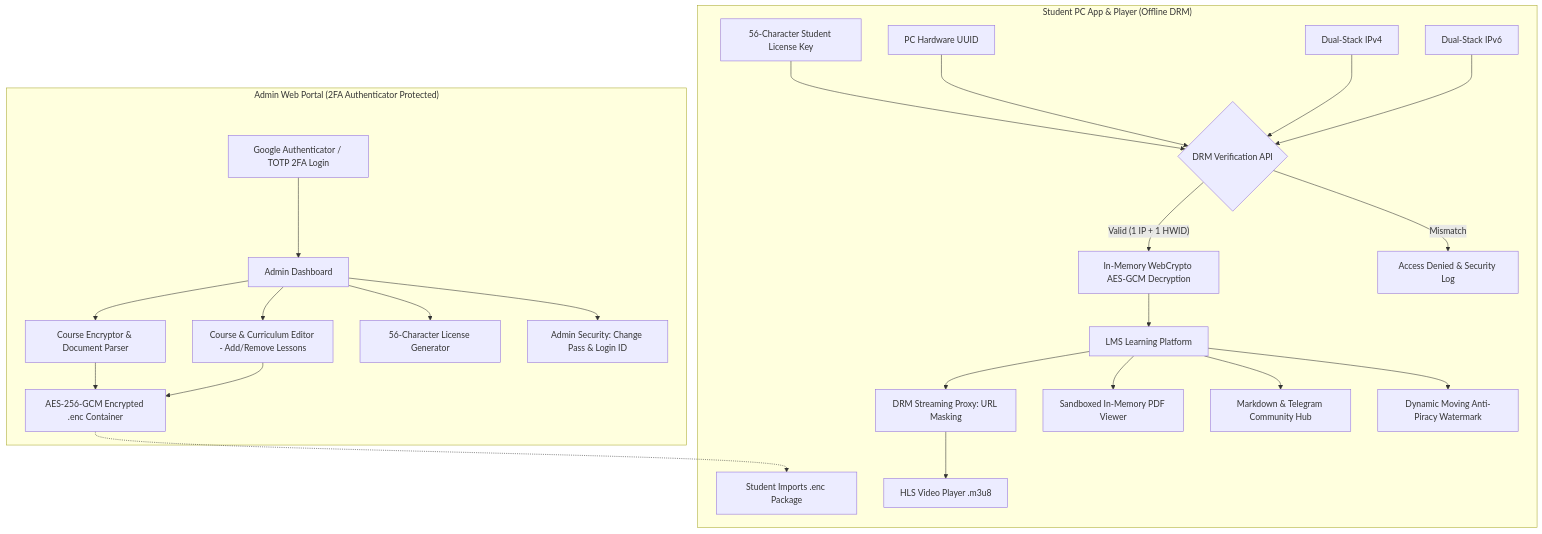
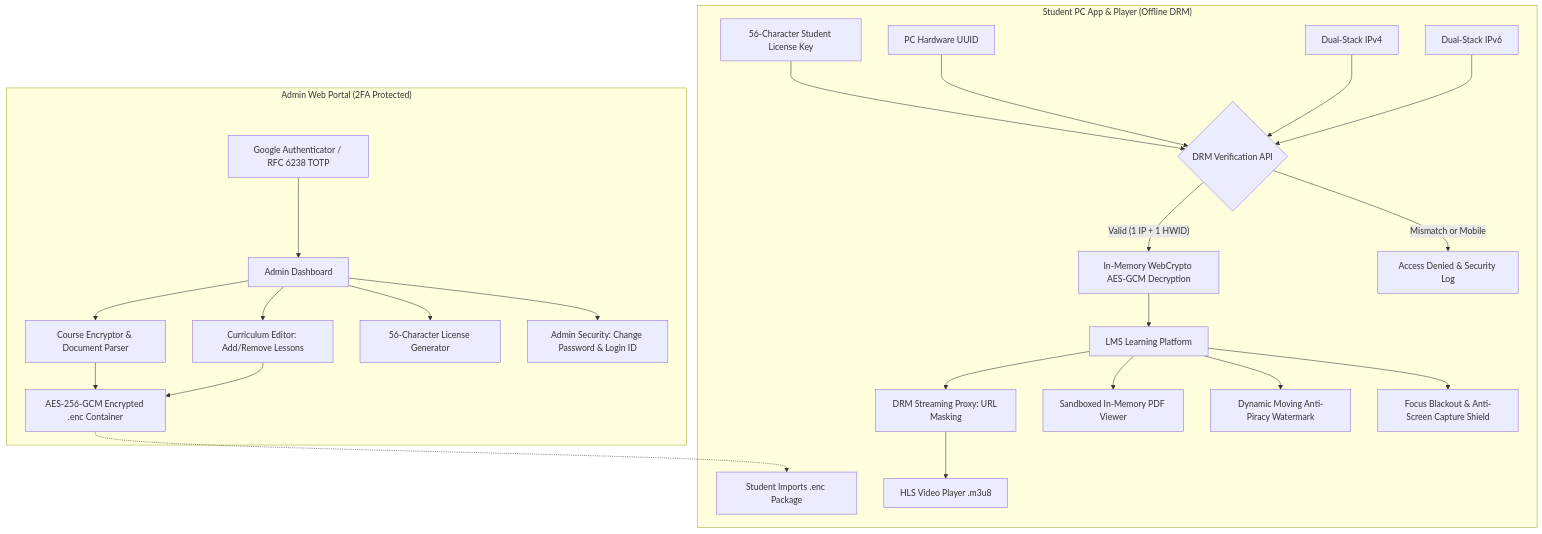
One commit to shubhG-9401/jdkjwelhdwhoi-ldw changed the diagram in README.md. Above: the diagram before and after it, drawn with Mermaid. The commit also changed other lines of this file and 47 other files, not shown here.

Commit message:
refactor: modularize architecture into controllers, services, stores and components with zero-crash error handling

````diff
--- a/README.md
+++ b/README.md
@@ -9,28 +29,28 @@
 ```mermaid
 graph TD
-    subgraph Admin["Admin Web Portal (2FA Authenticator Protected)"]
-        Auth[Google Authenticator / TOTP 2FA Login] --> Dash[Admin Dashboard]
+    subgraph Admin["Admin Web Portal (2FA Protected)"]
+        Auth[Google Authenticator / RFC 6238 TOTP] --> Dash[Admin Dashboard]
         Dash --> CE[Course Encryptor & Document Parser]
-        Dash --> CM[Course & Curriculum Editor - Add/Remove Lessons]
+        Dash --> CM[Curriculum Editor: Add/Remove Lessons]
         Dash --> LG[56-Character License Generator]
-        Dash --> SEC[Admin Security: Change Pass & Login ID]
+        Dash --> SEC[Admin Security: Change Password & Login ID]
         CE --> ENC[AES-256-GCM Encrypted .enc Container]
         CM --> ENC
     end
 
     subgraph Client["Student PC App & Player (Offline DRM)"]
         ENC -.-> Import[Student Imports .enc Package]
         Key[56-Character Student License Key] --> V{DRM Verification API}
         HWID[PC Hardware UUID] --> V
         IPv4[Dual-Stack IPv4] --> V
         IPv6[Dual-Stack IPv6] --> V
         V -- "Valid (1 IP + 1 HWID)" --> RAM[In-Memory WebCrypto AES-GCM Decryption]
-        V -- "Mismatch" --> BLK[Access Denied & Security Log]
+        V -- "Mismatch or Mobile" --> BLK[Access Denied & Security Log]
         RAM --> LMS[LMS Learning Platform]
         LMS --> Proxy[DRM Streaming Proxy: URL Masking]
         Proxy --> VID[HLS Video Player .m3u8]
         LMS --> PDF[Sandboxed In-Memory PDF Viewer]
-        LMS --> DOC[Markdown & Telegram Community Hub]
         LMS --> WM[Dynamic Moving Anti-Piracy Watermark]
+        LMS --> SHIELD[Focus Blackout & Anti-Screen Capture Shield]
     end
 ```
````
